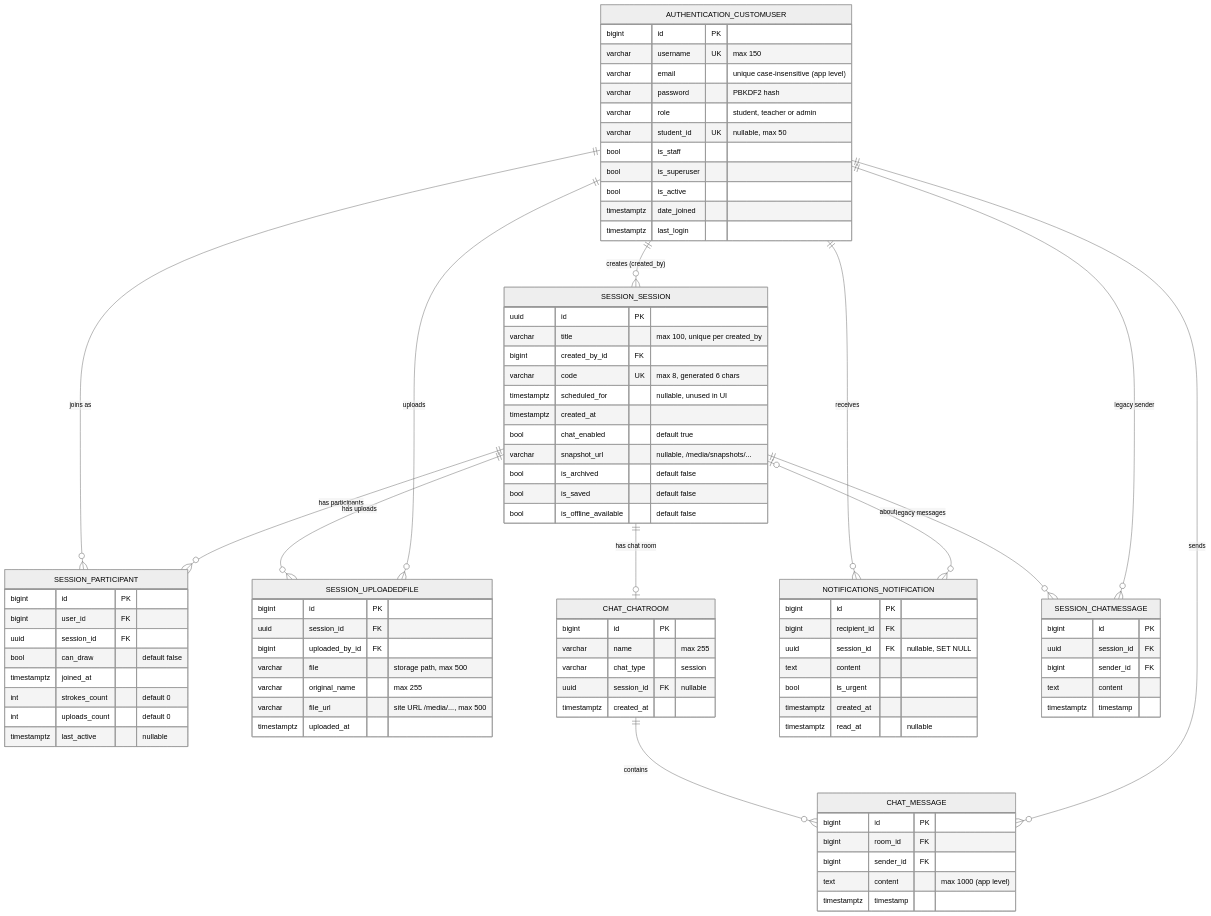
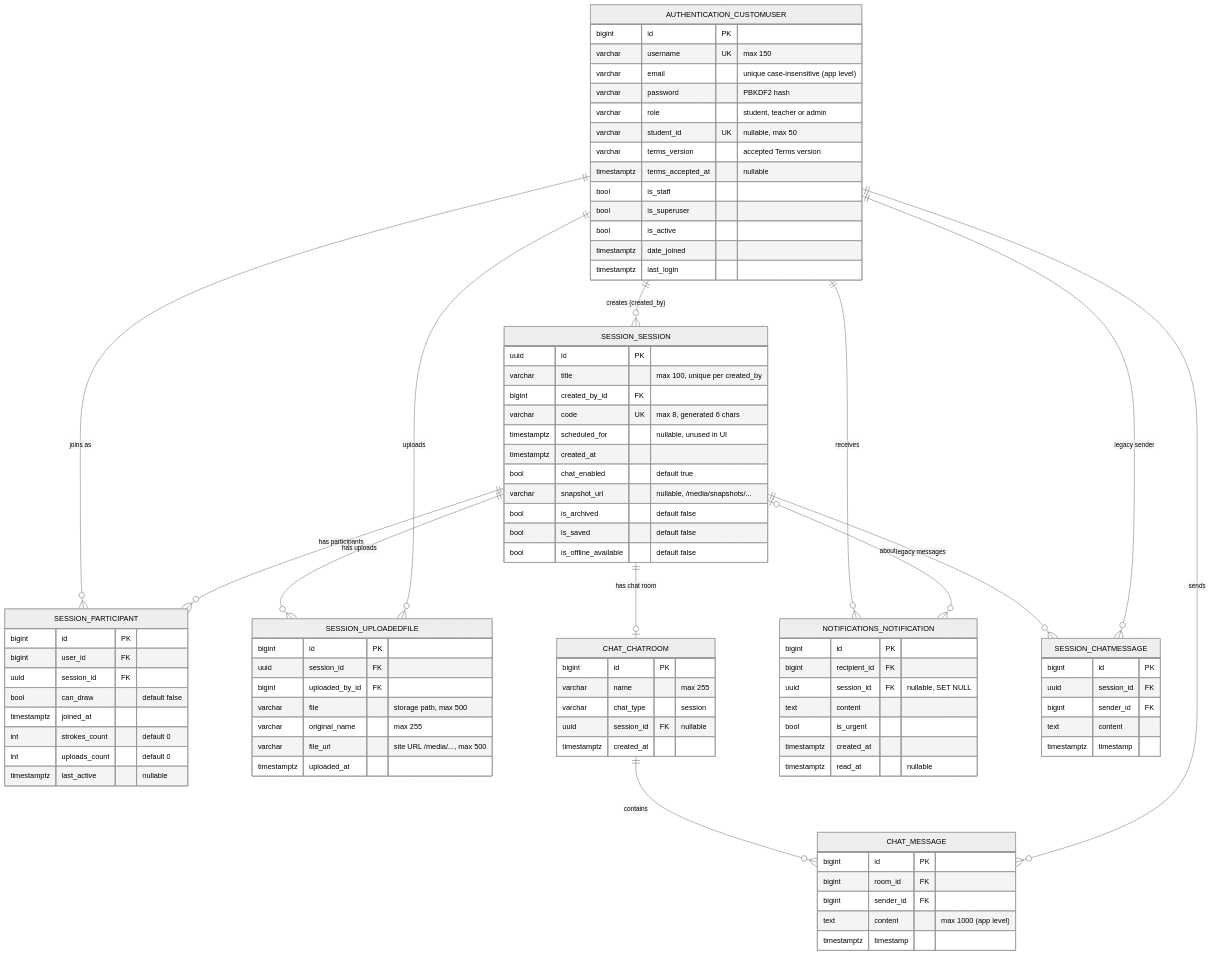
Before and after one commit to thatguyKire/InkHive: the diagram in docs/BACKEND_SCHEMA.md, drawn with Mermaid (neutral theme). The commit also changed other lines of this file and 51 other files, not shown here.

```diff
--- a/docs/BACKEND_SCHEMA.md
+++ b/docs/BACKEND_SCHEMA.md
@@ -31,6 +31,8 @@
         varchar password "PBKDF2 hash"
         varchar role "student, teacher or admin"
         varchar student_id UK "nullable, max 50"
+        varchar terms_version "accepted Terms version"
+        timestamptz terms_accepted_at "nullable"
         bool is_staff
         bool is_superuser
         bool is_active
```
